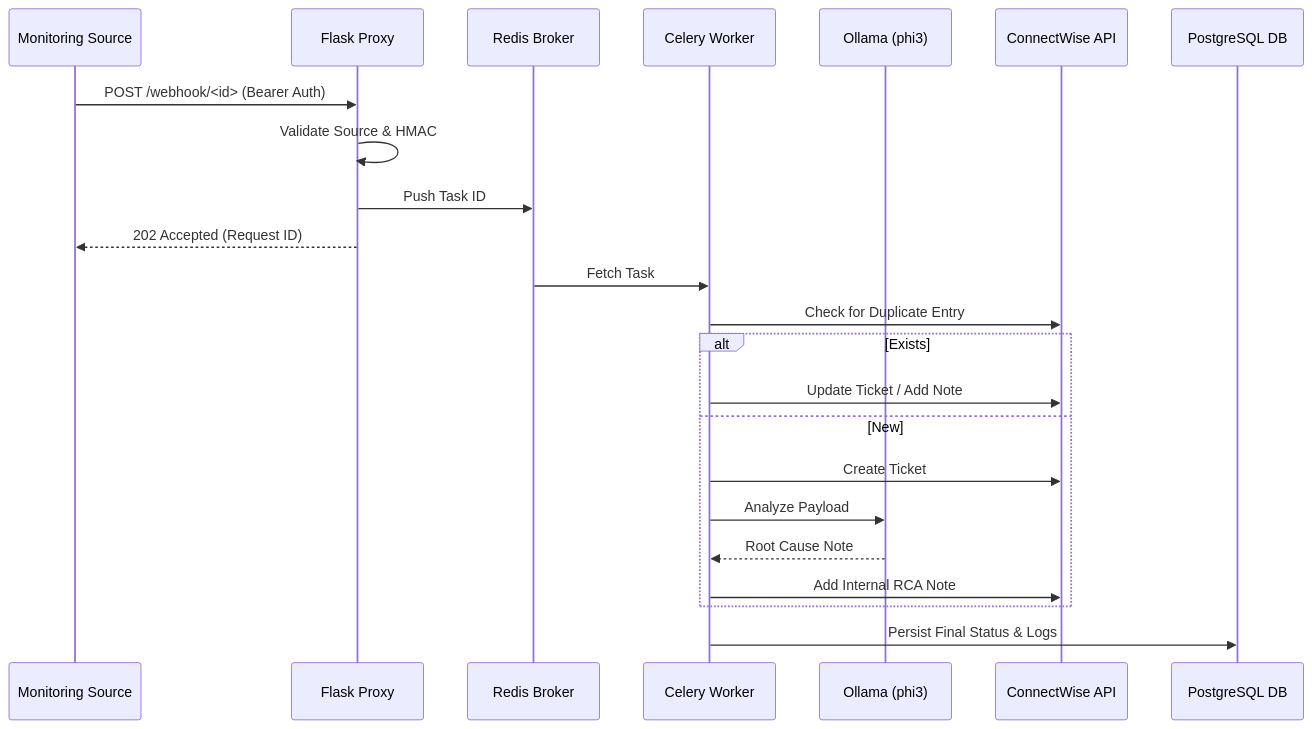
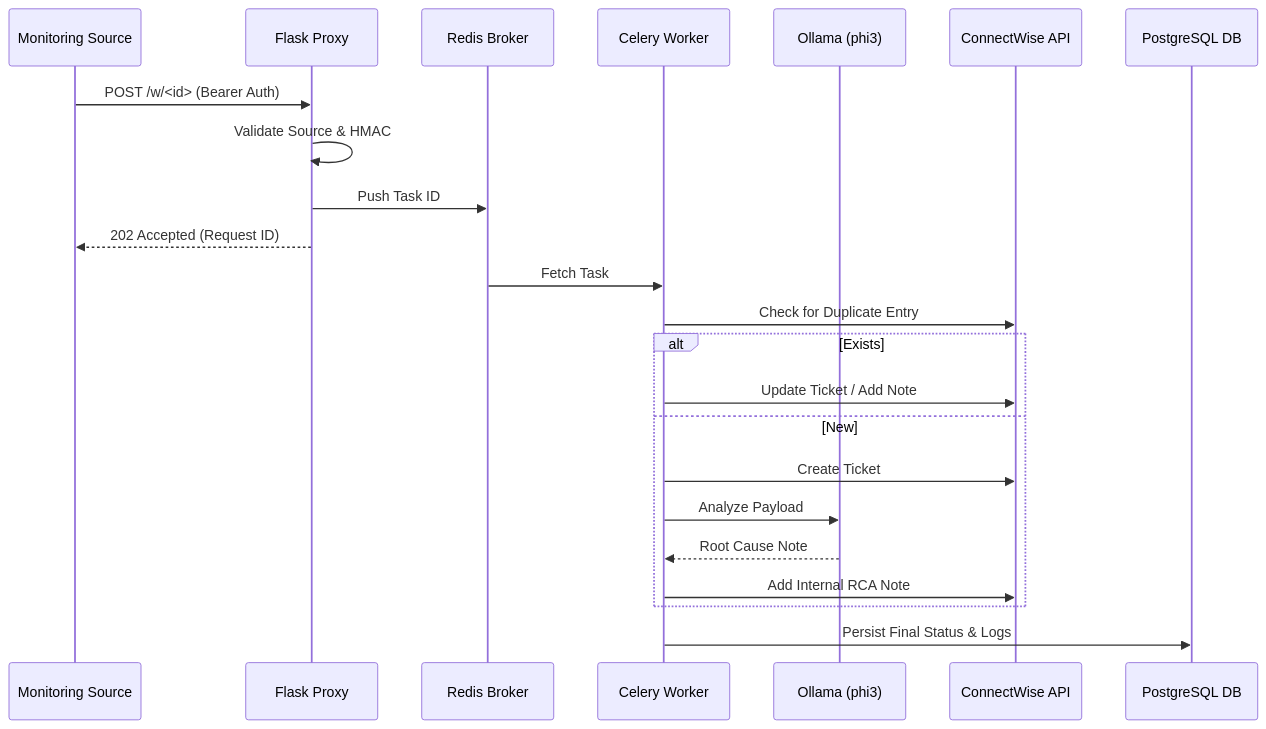
The fourth of 4 diagrams in README.md (arumes31/hookwise), drawn with Mermaid before and after one commit. The commit also changed other lines of this file and 34 other files, not shown here.

````diff
--- a/README.md
+++ b/README.md
@@ -84,27 +84,27 @@
 ```mermaid
 sequenceDiagram
     participant S as Monitoring Source
     participant P as Flask Proxy
     participant R as Redis Broker
     participant W as Celery Worker
     participant A as Ollama (phi3)
     participant C as ConnectWise API
     participant D as PostgreSQL DB
 
-    S->>P: POST /webhook/<id> (Bearer Auth)
+    S->>P: POST /w/<id> (Bearer Auth)
     P->>P: Validate Source & HMAC
     P->>R: Push Task ID
     P-->>S: 202 Accepted (Request ID)
     
     R->>W: Fetch Task
     W->>C: Check for Duplicate Entry
     alt Exists
         W->>C: Update Ticket / Add Note
     else New
         W->>C: Create Ticket
         W->>A: Analyze Payload
         A-->>W: Root Cause Note
         W->>C: Add Internal RCA Note
     end
     W->>D: Persist Final Status & Logs
 ```
````
